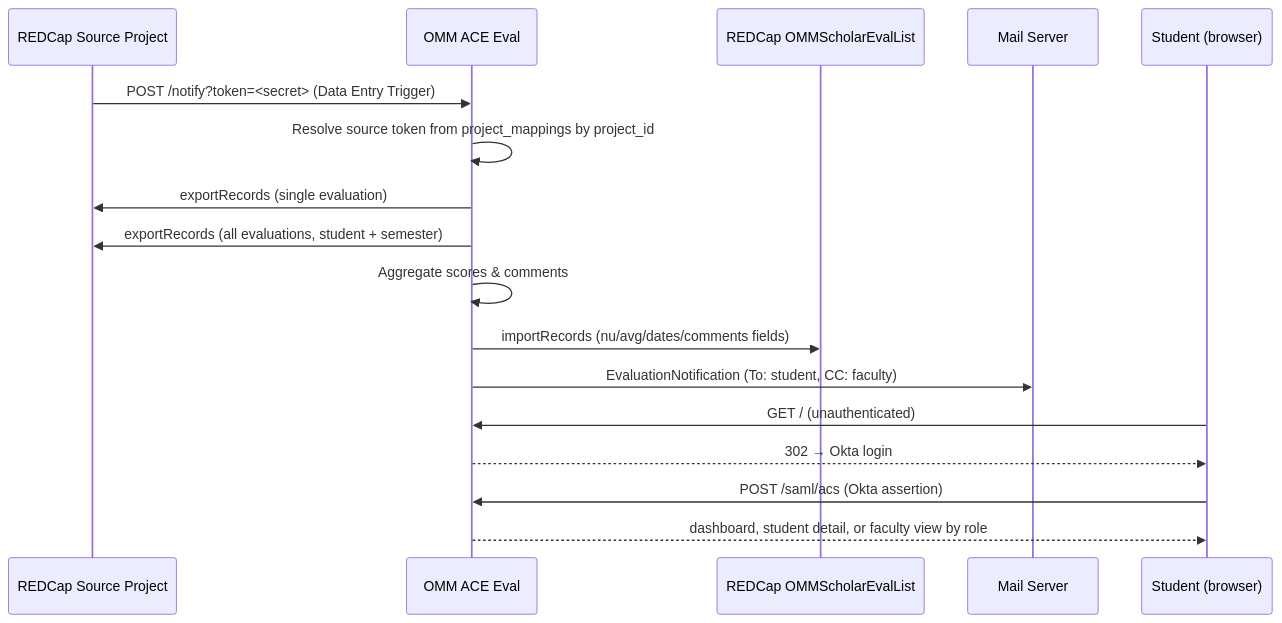
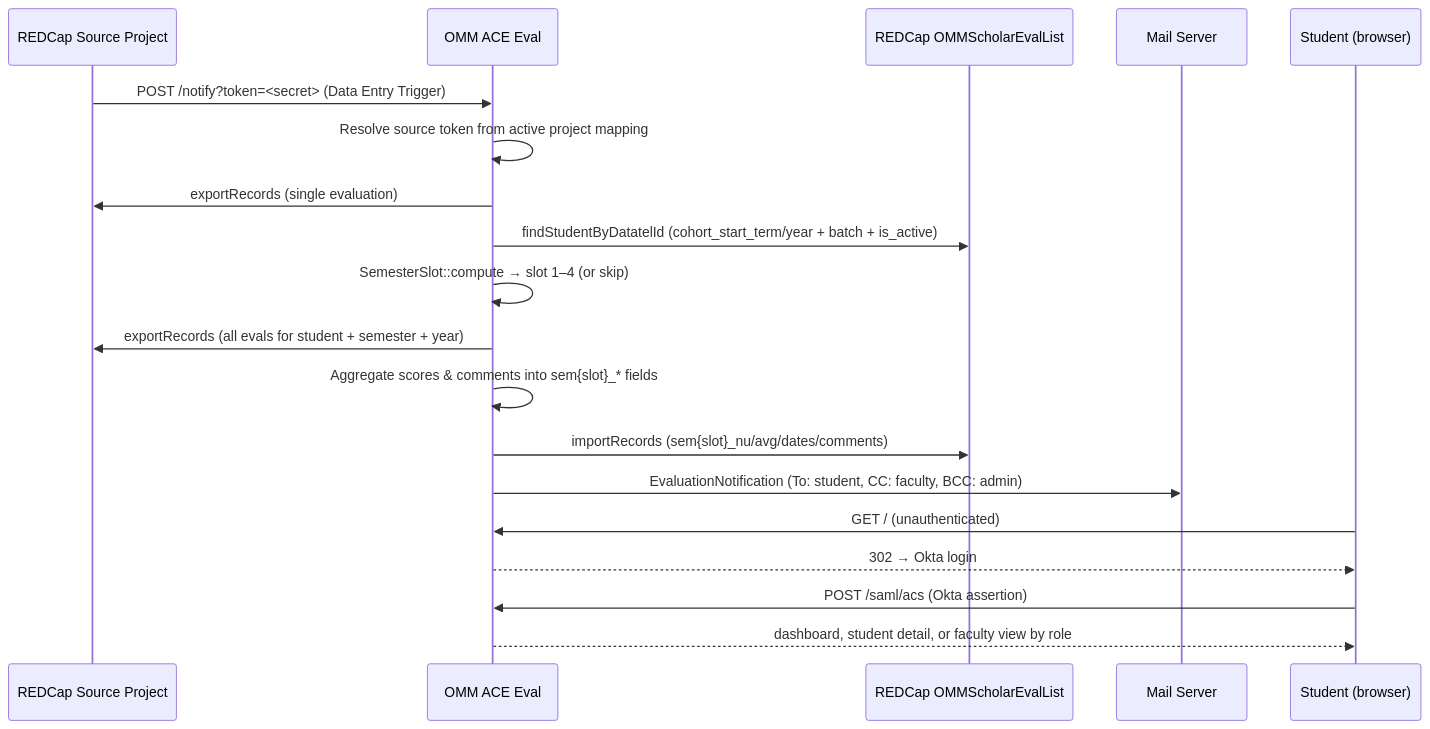
The diagram in README.md (com-atg/OMM-SE), drawn with Mermaid before and after one commit. The commit also changed other lines of this file and 69 other files, not shown here.

Commit message:
Major refactor based on batch and active status

````diff
--- a/README.md
+++ b/README.md
@@ -9,21 +9,23 @@
 ```mermaid
 sequenceDiagram
     participant RC as REDCap Source Project
     participant App as OMM ACE Eval
     participant Dest as REDCap OMMScholarEvalList
     participant Mail as Mail Server
     participant Student as Student (browser)
 
     RC->>App: POST /notify?token=<secret> (Data Entry Trigger)
-    App->>App: Resolve source token from project_mappings by project_id
+    App->>App: Resolve source token from active project mapping
     App->>RC: exportRecords (single evaluation)
-    App->>RC: exportRecords (all evaluations, student + semester)
-    App->>App: Aggregate scores & comments
-    App->>Dest: importRecords (nu/avg/dates/comments fields)
-    App->>Mail: EvaluationNotification (To: student, CC: faculty)
+    App->>Dest: findStudentByDatatelId (cohort_start_term/year + batch + is_active)
+    App->>App: SemesterSlot::compute → slot 1–4 (or skip)
+    App->>RC: exportRecords (all evals for student + semester + year)
+    App->>App: Aggregate scores & comments into sem{slot}_* fields
+    App->>Dest: importRecords (sem{slot}_nu/avg/dates/comments)
+    App->>Mail: EvaluationNotification (To: student, CC: faculty, BCC: admin)
 
     Student->>App: GET / (unauthenticated)
     App-->>Student: 302 → Okta login
     Student->>App: POST /saml/acs (Okta assertion)
     App-->>Student: dashboard, student detail, or faculty view by role
 ```
````
